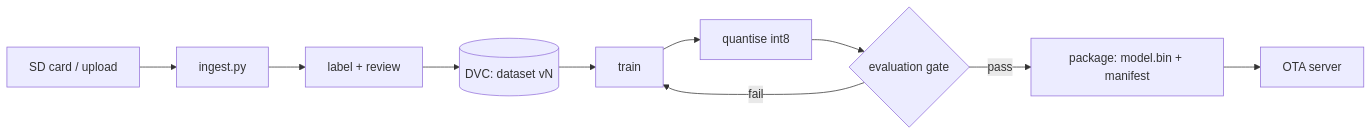
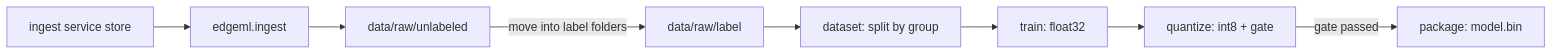
The third of 3 diagrams in docs/ARCHITECTURE.md (FranciscoLiquito19/esp32-edge-mlops), drawn with Mermaid before and after one commit. The commit also changed other lines of this file and 11 other files, not shown here.

````diff
--- a/docs/ARCHITECTURE.md
+++ b/docs/ARCHITECTURE.md
@@ -70,12 +115,10 @@
 ```mermaid
 flowchart LR
-    A[SD card / upload] --> B[ingest.py]
-    B --> C[label + review]
-    C --> D[(DVC: dataset vN)]
-    D --> E[train]
-    E --> F[quantise int8]
-    F --> G{evaluation gate}
-    G -->|pass| H[package: model.bin + manifest]
-    G -->|fail| E
-    H --> I[OTA server]
+    A[ingest service store] --> B[edgeml.ingest]
+    B --> C[data/raw/unlabeled]
+    C -->|move into label folders| D[data/raw/label]
+    D --> E[dataset: split by group]
+    E --> F[train: float32]
+    F --> G[quantize: int8 + gate]
+    G -->|gate passed| H[package: model.bin]
 ```
````
